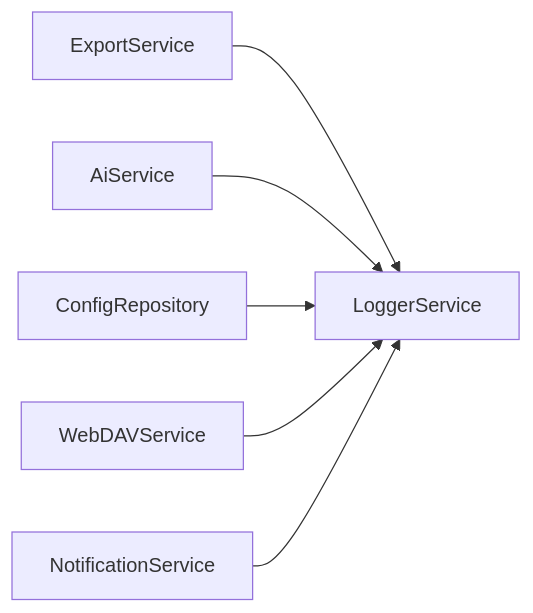
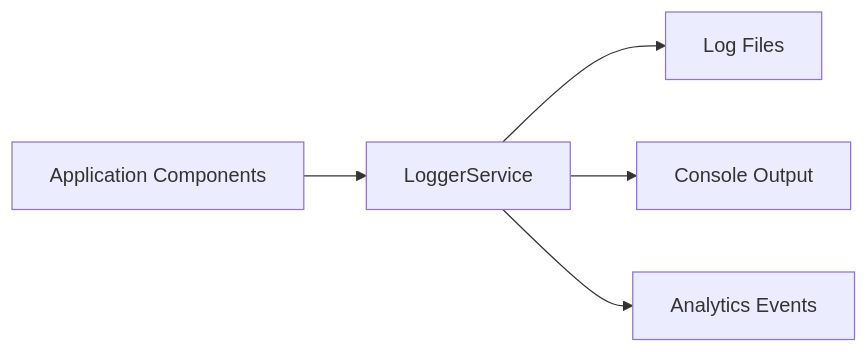
One commit to favoroo/QNote changed the fifth of 7 diagrams in .qoder/repowiki/en/content/Services Layer/Services Layer.md. Above: the diagram before and after it, drawn with Mermaid. The commit also changed other lines of this file and 65 other files, not shown here.

First line of the commit message:
docs: 新增项目文档与配置文件，修复AI提取与热力图问题

````diff
--- a/.qoder/repowiki/en/content/Services Layer/Services Layer.md
+++ b/.qoder/repowiki/en/content/Services Layer/Services Layer.md
@@ -312,8 +235,7 @@
 ```mermaid
 graph LR
-ES["ExportService"] --> LOG["LoggerService"]
-AI["AiService"] --> LOG
-CFG["ConfigRepository"] --> LOG
-NET["WebDAVService"] --> LOG
-NOTIF["NotificationService"] --> LOG
+APP["Application Components"] --> LOG["LoggerService"]
+LOG --> FILE["Log Files"]
+LOG --> CONSOLE["Console Output"]
+LOG --> ANALYTICS["Analytics Events"]
 ```
````
